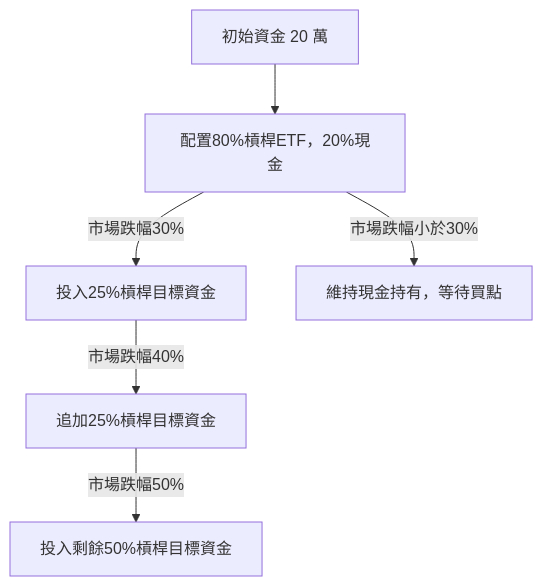
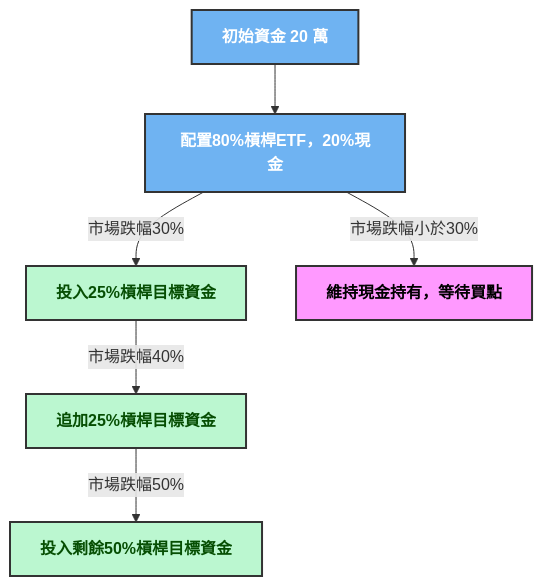
One commit to joysrr/joysrr.github.io changed the first of 4 diagrams in Stock/Fundamental Analysis/_posts/2025-09-11-Financial-Report-Leverage.md. Above: the diagram before and after it, drawn with Mermaid. The commit also changed other lines of this file, not shown here.

````diff
--- a/Stock/Fundamental Analysis/_posts/2025-09-11-Financial-Report-Leverage.md
+++ b/Stock/Fundamental Analysis/_posts/2025-09-11-Financial-Report-Leverage.md
@@ -37,8 +37,14 @@
 ```mermaid
 flowchart TD
-A[初始資金 20 萬] --> B[配置80%槓桿ETF，20%現金]
-B -->|市場跌幅30%| C[投入25%槓桿目標資金]
-C -->|市場跌幅40%| D[追加25%槓桿目標資金]
-D -->|市場跌幅50%| E[投入剩餘50%槓桿目標資金]
-B -->|市場跌幅小於30%| F[維持現金持有，等待買點]
+    classDef startend fill:#6fb3f2,stroke:#333,stroke-width:2px,color:#fff,font-weight:bold;
+    classDef process fill:#bbf7d0,stroke:#333,stroke-width:2px,color:#064e03,font-weight:bold;
+    classDef decision fill:#f9f,stroke:#333,stroke-width:2px,color:#000,font-weight:bold;
+
+    A[初始資金 20 萬]:::startend --> B[配置80%槓桿ETF，20%現金]:::startend
+    
+    B -->|市場跌幅30%| C[投入25%槓桿目標資金]:::process
+    C -->|市場跌幅40%| D[追加25%槓桿目標資金]:::process
+    D -->|市場跌幅50%| E[投入剩餘50%槓桿目標資金]:::process
+    B -->|市場跌幅小於30%| I[維持現金持有，等待買點]:::decision
+
 ```
````
